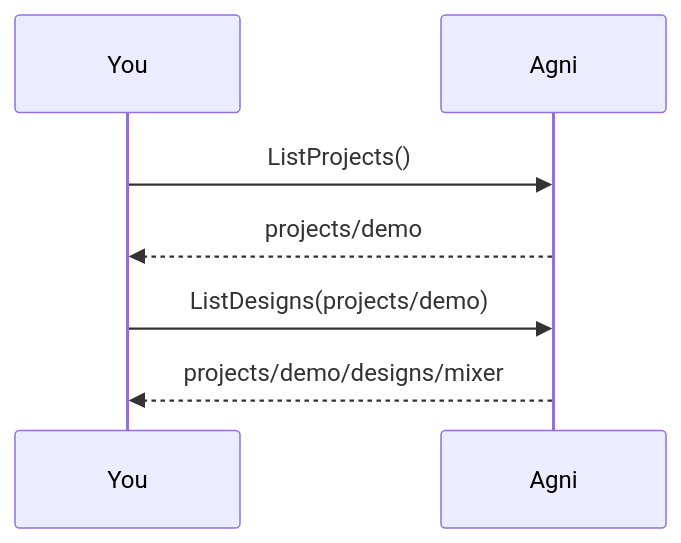
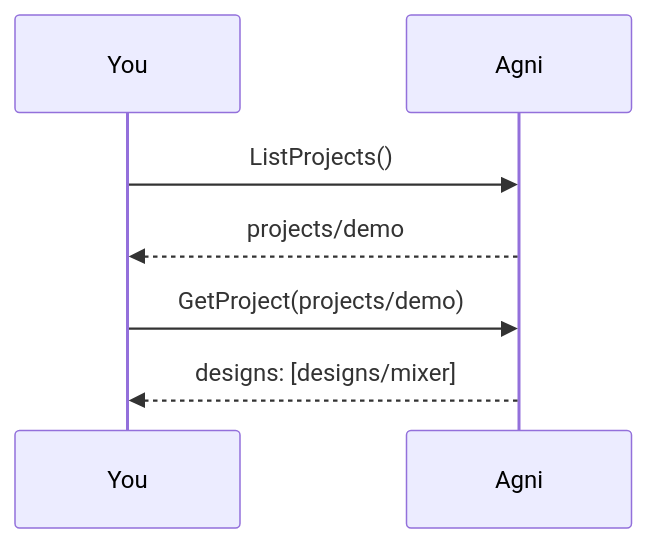
The first of 2 diagrams in examples/resolve-design/walkthrough.md (panyam/agni), drawn with Mermaid before and after one commit. The commit also changed 101 other files, not shown here.

First line of the commit message:
Serve stored designs as designs/{design}, and projects as lists of them

````diff
--- a/examples/resolve-design/walkthrough.md
+++ b/examples/resolve-design/walkthrough.md
@@ -27,7 +27,7 @@
 ```mermaid
 sequenceDiagram
 You ->> Agni: ListProjects()
 Agni -->> You: projects/demo
-You ->> Agni: ListDesigns(projects/demo)
-Agni -->> You: projects/demo/designs/mixer
+You ->> Agni: GetProject(projects/demo)
+Agni -->> You: designs: [designs/mixer]
 ```
````
